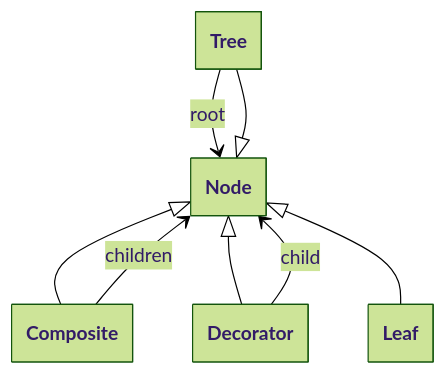
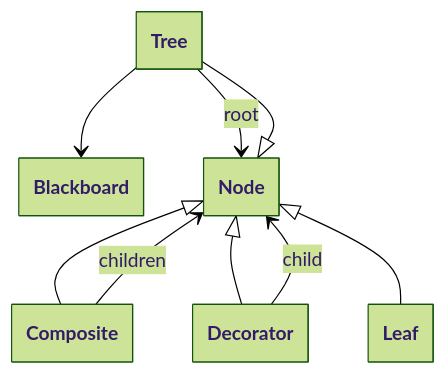
The first of 2 diagrams in README.md (Lecrapouille/BehaviorTree), drawn with Mermaid before and after one commit. The commit also changed other lines of this file and 38 other files, not shown here.

````diff
--- a/README.md
+++ b/README.md
@@ -79,25 +103,28 @@
 ```mermaid
 ---
 config:
   theme: forest
   class:
     hideEmptyMembersBox: true
 ---
 classDiagram
+    class Blackboard
     class Tree
     class Node
     class Composite
     class Decorator
     class Leaf
 
     Node <|-- Tree
     Tree --> Node : root
 
     Node <|-- Composite
     Composite --> Node : children
 
     Node <|-- Decorator
     Decorator --> Node : child
 
     Node <|-- Leaf
+
+    Tree --> Blackboard
 ```
````
